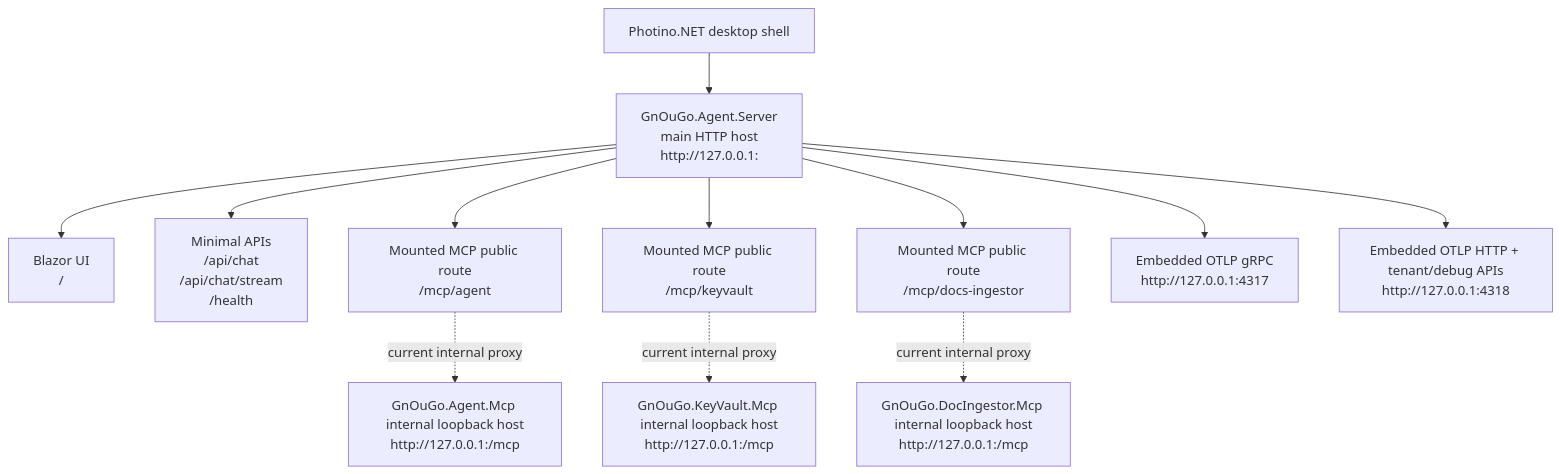
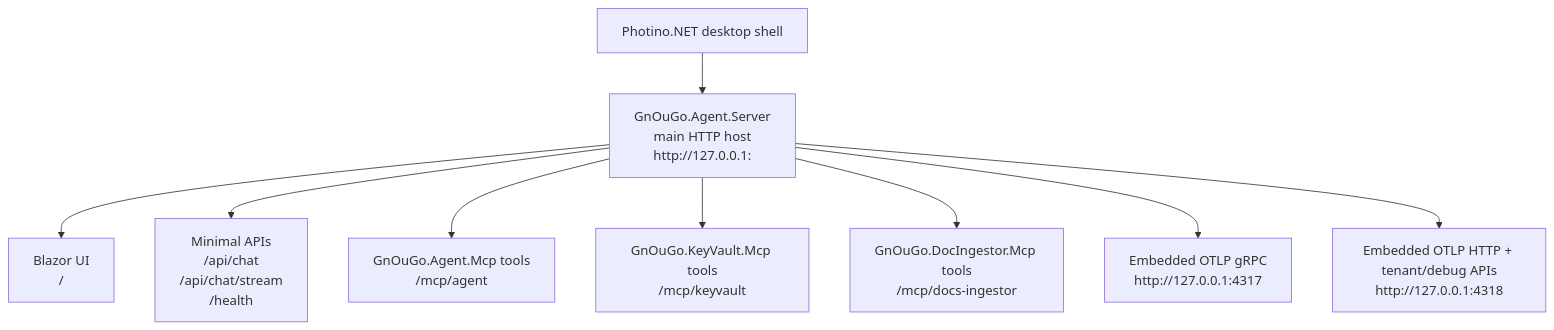
One commit to GnouGo/GnouGo changed the diagram in src/GnOuGo.Agent.Server/README.md. Above: the diagram before and after it, drawn with Mermaid. The commit also changed other lines of this file and 20 other files, not shown here.

````diff
--- a/src/GnOuGo.Agent.Server/README.md
+++ b/src/GnOuGo.Agent.Server/README.md
@@ -13,17 +13,13 @@
 ```mermaid
 flowchart TD
 	Desktop[Photino.NET desktop shell] --> Main[GnOuGo.Agent.Server\nmain HTTP host\nhttp://127.0.0.1:<app-port>]
 
 	Main --> UI[Blazor UI\n/]
 	Main --> Api[Minimal APIs\n/api/chat\n/api/chat/stream\n/health]
-	Main --> AgentProxy[Mounted MCP public route\n/mcp/agent]
-	Main --> KeyVaultProxy[Mounted MCP public route\n/mcp/keyvault]
-	Main --> DocsIngestorProxy[Mounted MCP public route\n/mcp/docs-ingestor]
-
-	AgentProxy -. current internal proxy .-> AgentInternal[GnOuGo.Agent.Mcp internal loopback host\nhttp://127.0.0.1:<ephemeral-port>/mcp]
-	KeyVaultProxy -. current internal proxy .-> KeyVaultInternal[GnOuGo.KeyVault.Mcp internal loopback host\nhttp://127.0.0.1:<ephemeral-port>/mcp]
-	DocsIngestorProxy -. current internal proxy .-> DocsIngestorInternal[GnOuGo.DocIngestor.Mcp internal loopback host\nhttp://127.0.0.1:<ephemeral-port>/mcp]
+	Main --> AgentMcp[GnOuGo.Agent.Mcp tools\n/mcp/agent]
+	Main --> KeyVaultMcp[GnOuGo.KeyVault.Mcp tools\n/mcp/keyvault]
+	Main --> DocsIngestorMcp[GnOuGo.DocIngestor.Mcp tools\n/mcp/docs-ingestor]
 
 	Main --> OtlpGrpc[Embedded OTLP gRPC\nhttp://127.0.0.1:4317]
 	Main --> OtlpHttp[Embedded OTLP HTTP + tenant/debug APIs\nhttp://127.0.0.1:4318]
 ```
````
